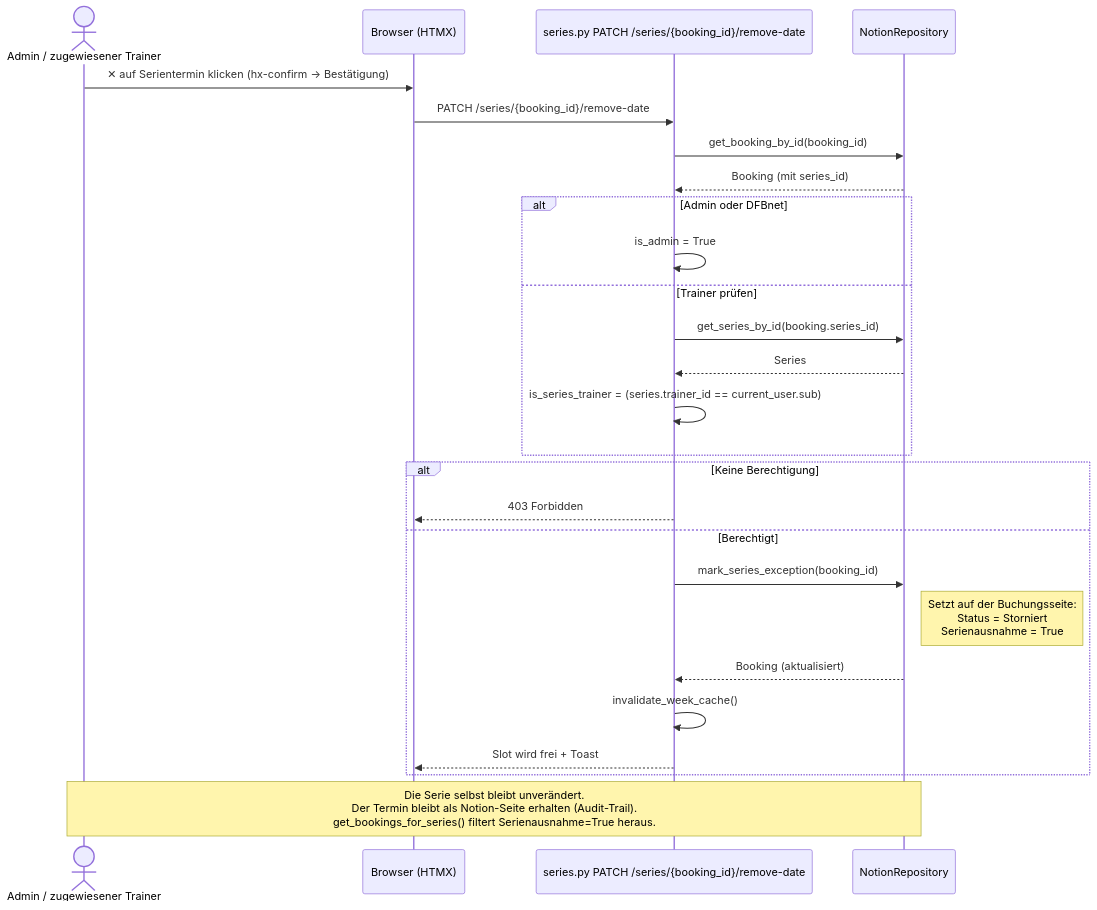
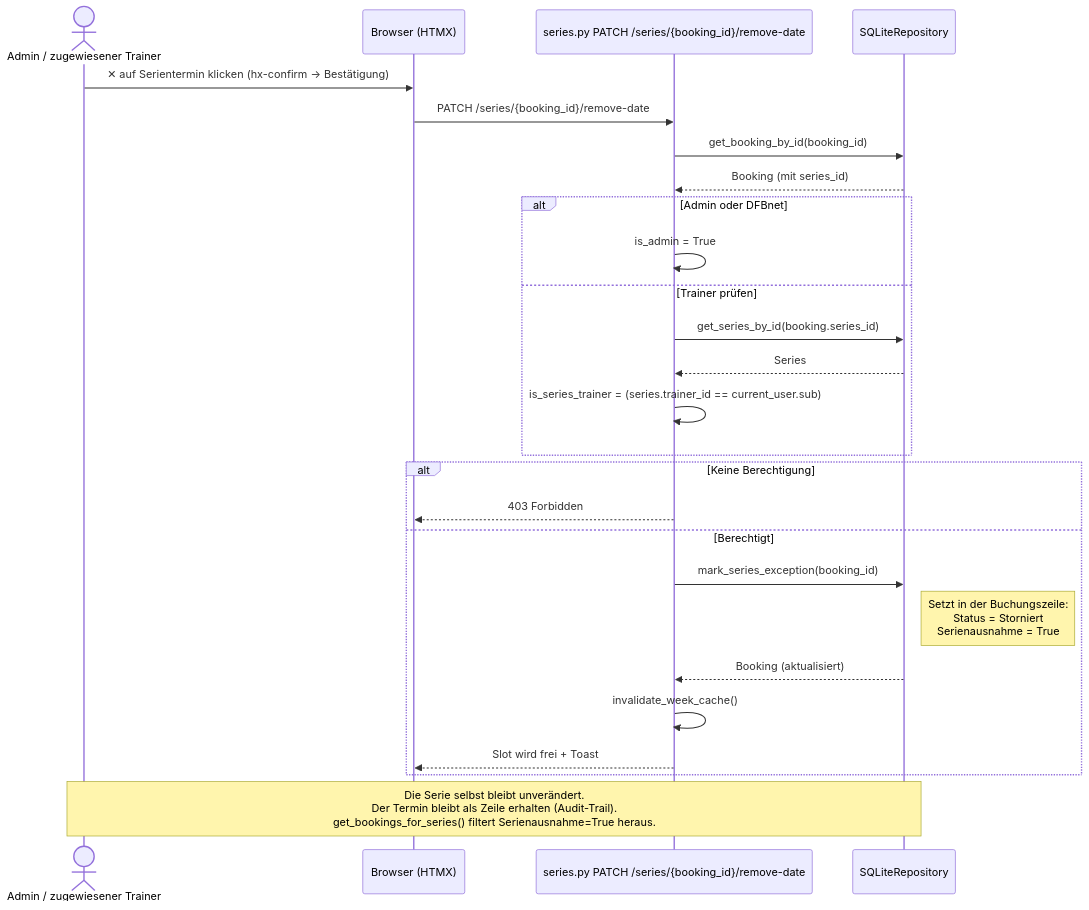
One commit to MerowingerX/Sportplatz-Buchung changed the eighth of 12 diagrams in docs/ARCHITEKTUR.md. Above: the diagram before and after it, drawn with Mermaid. The commit also changed other lines of this file and 12 other files, not shown here.

````diff
--- a/docs/ARCHITEKTUR.md
+++ b/docs/ARCHITEKTUR.md
@@ -510,32 +505,32 @@
 ```mermaid
 sequenceDiagram
     actor Admin as Admin / zugewiesener Trainer
     participant B as Browser (HTMX)
     participant SR as series.py PATCH /series/{booking_id}/remove-date
-    participant NR as NotionRepository
+    participant REPO as SQLiteRepository
 
     Admin->>B: ✕ auf Serientermin klicken (hx-confirm → Bestätigung)
     B->>SR: PATCH /series/{booking_id}/remove-date
-    SR->>NR: get_booking_by_id(booking_id)
-    NR-->>SR: Booking (mit series_id)
+    SR->>REPO: get_booking_by_id(booking_id)
+    REPO-->>SR: Booking (mit series_id)
 
     alt Admin oder DFBnet
         SR->>SR: is_admin = True
     else Trainer prüfen
-        SR->>NR: get_series_by_id(booking.series_id)
-        NR-->>SR: Series
+        SR->>REPO: get_series_by_id(booking.series_id)
+        REPO-->>SR: Series
         SR->>SR: is_series_trainer = (series.trainer_id == current_user.sub)
     end
 
     alt Keine Berechtigung
         SR-->>B: 403 Forbidden
     else Berechtigt
-        SR->>NR: mark_series_exception(booking_id)
-        Note right of NR: Setzt auf der Buchungsseite:<br/>Status = Storniert<br/>Serienausnahme = True
-        NR-->>SR: Booking (aktualisiert)
+        SR->>REPO: mark_series_exception(booking_id)
+        Note right of REPO: Setzt in der Buchungszeile:<br/>Status = Storniert<br/>Serienausnahme = True
+        REPO-->>SR: Booking (aktualisiert)
         SR->>SR: invalidate_week_cache()
         SR-->>B: Slot wird frei + Toast
     end
 
-    Note over Admin,NR: Die Serie selbst bleibt unverändert.<br/>Der Termin bleibt als Notion-Seite erhalten (Audit-Trail).<br/>get_bookings_for_series() filtert Serienausnahme=True heraus.
+    Note over Admin,REPO: Die Serie selbst bleibt unverändert.<br/>Der Termin bleibt als Zeile erhalten (Audit-Trail).<br/>get_bookings_for_series() filtert Serienausnahme=True heraus.
 ```
````
